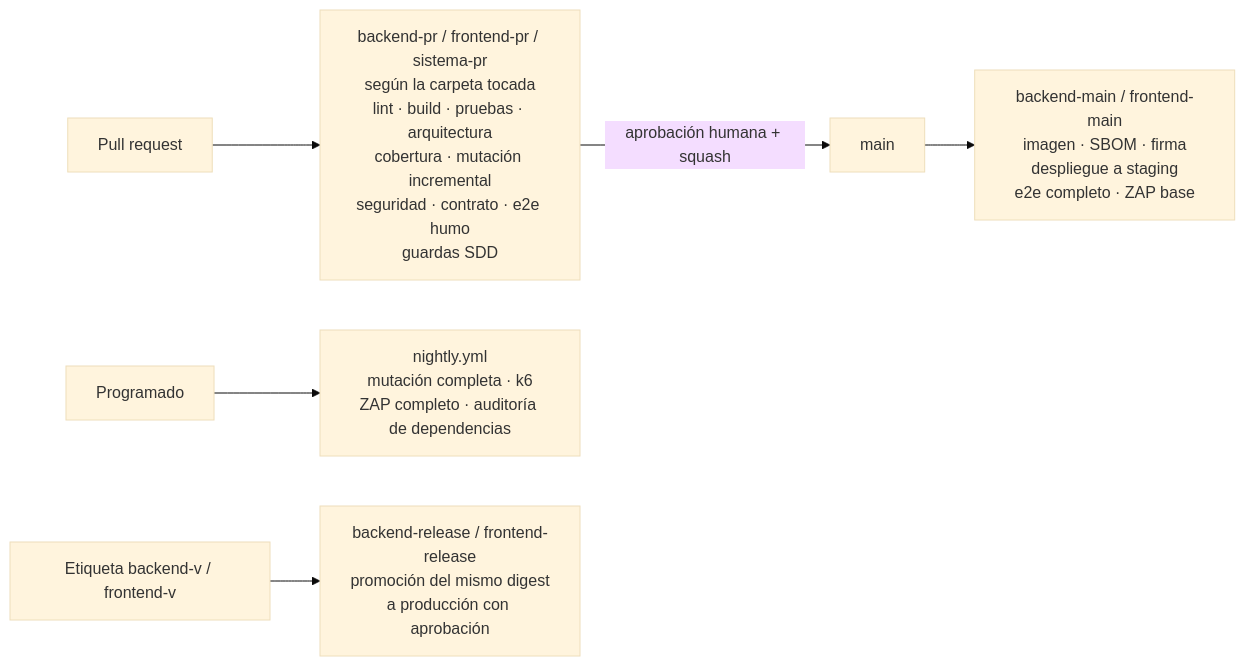
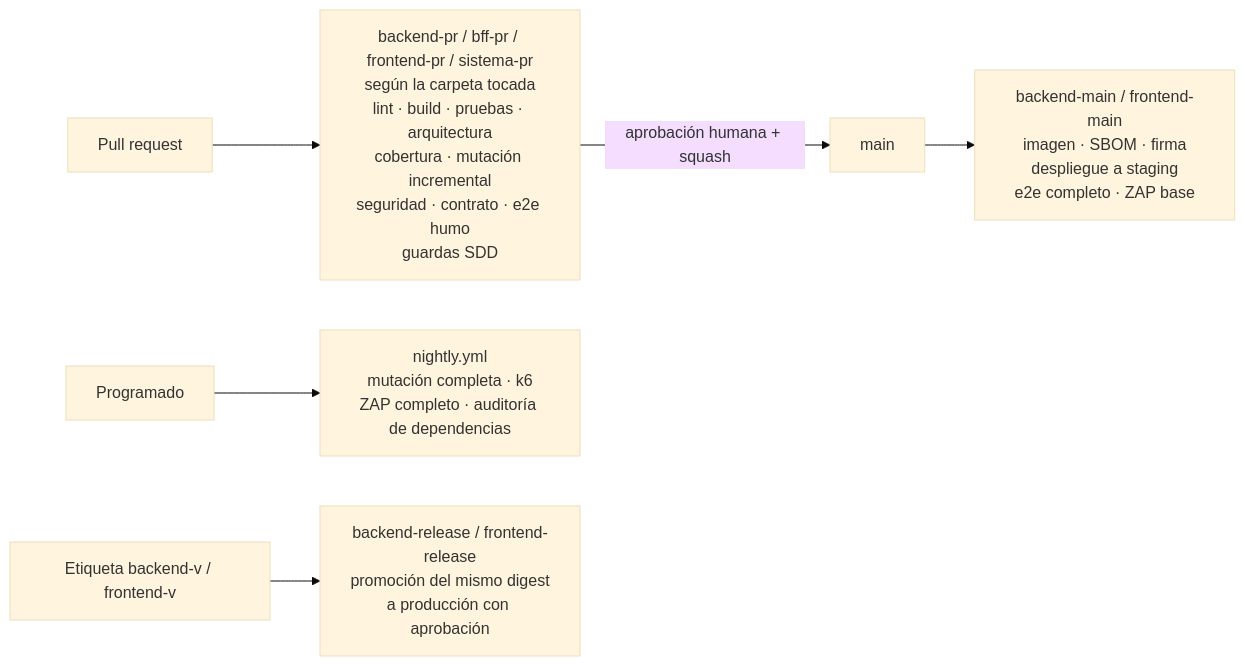
Before and after one commit to jorgearaujoSap/liv: the diagram in docs/arquitectura/04_Calidad_Testing_y_CI.md, drawn with Mermaid (base theme). The commit also changed other lines of this file and 4 other files, not shown here.

````diff
--- a/docs/arquitectura/04_Calidad_Testing_y_CI.md
+++ b/docs/arquitectura/04_Calidad_Testing_y_CI.md
@@ -211,8 +211,8 @@
 ```mermaid
 flowchart LR
-    PR[Pull request] --> CHK["backend-pr / frontend-pr / sistema-pr<br/>según la carpeta tocada<br/>lint · build · pruebas · arquitectura<br/>cobertura · mutación incremental<br/>seguridad · contrato · e2e humo<br/>guardas SDD"]
+    PR[Pull request] --> CHK["backend-pr / bff-pr / frontend-pr / sistema-pr<br/>según la carpeta tocada<br/>lint · build · pruebas · arquitectura<br/>cobertura · mutación incremental<br/>seguridad · contrato · e2e humo<br/>guardas SDD"]
     CHK -->|aprobación humana + squash| MAIN[main]
     MAIN --> M["backend-main / frontend-main<br/>imagen · SBOM · firma<br/>despliegue a staging<br/>e2e completo · ZAP base"]
     NIGHT[Programado] --> N["nightly.yml<br/>mutación completa · k6<br/>ZAP completo · auditoría de dependencias"]
     TAG[Etiqueta backend-v / frontend-v] --> R["backend-release / frontend-release<br/>promoción del mismo digest<br/>a producción con aprobación"]
 ```
````
